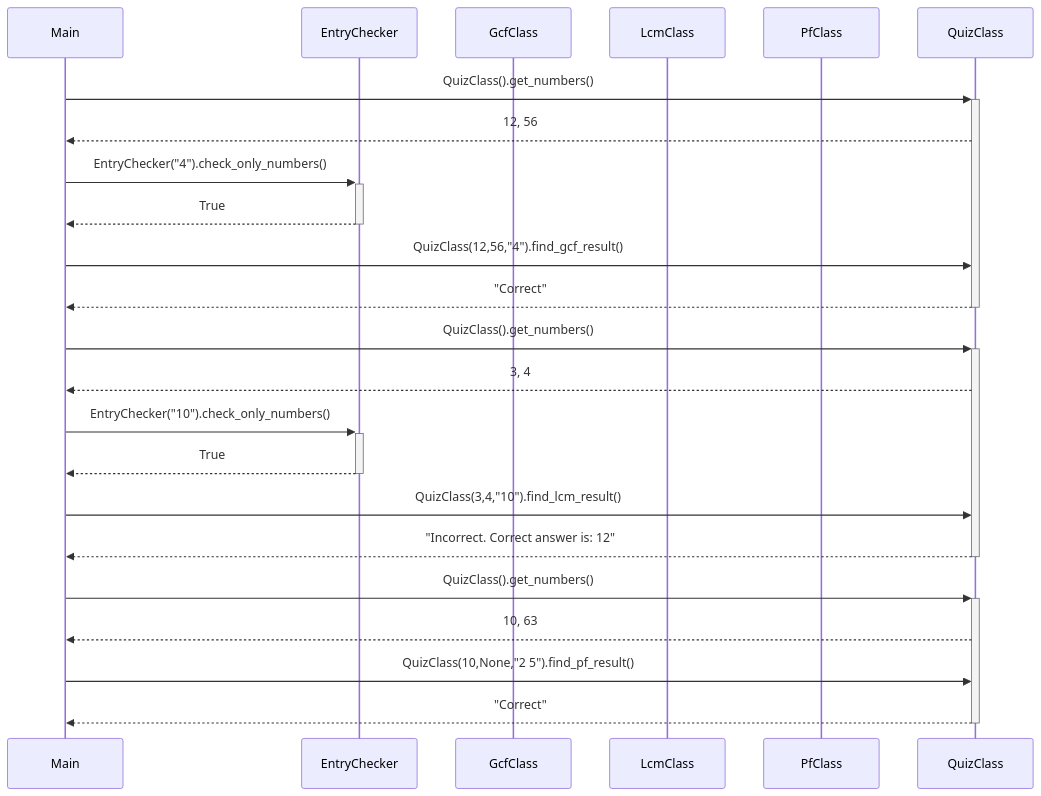
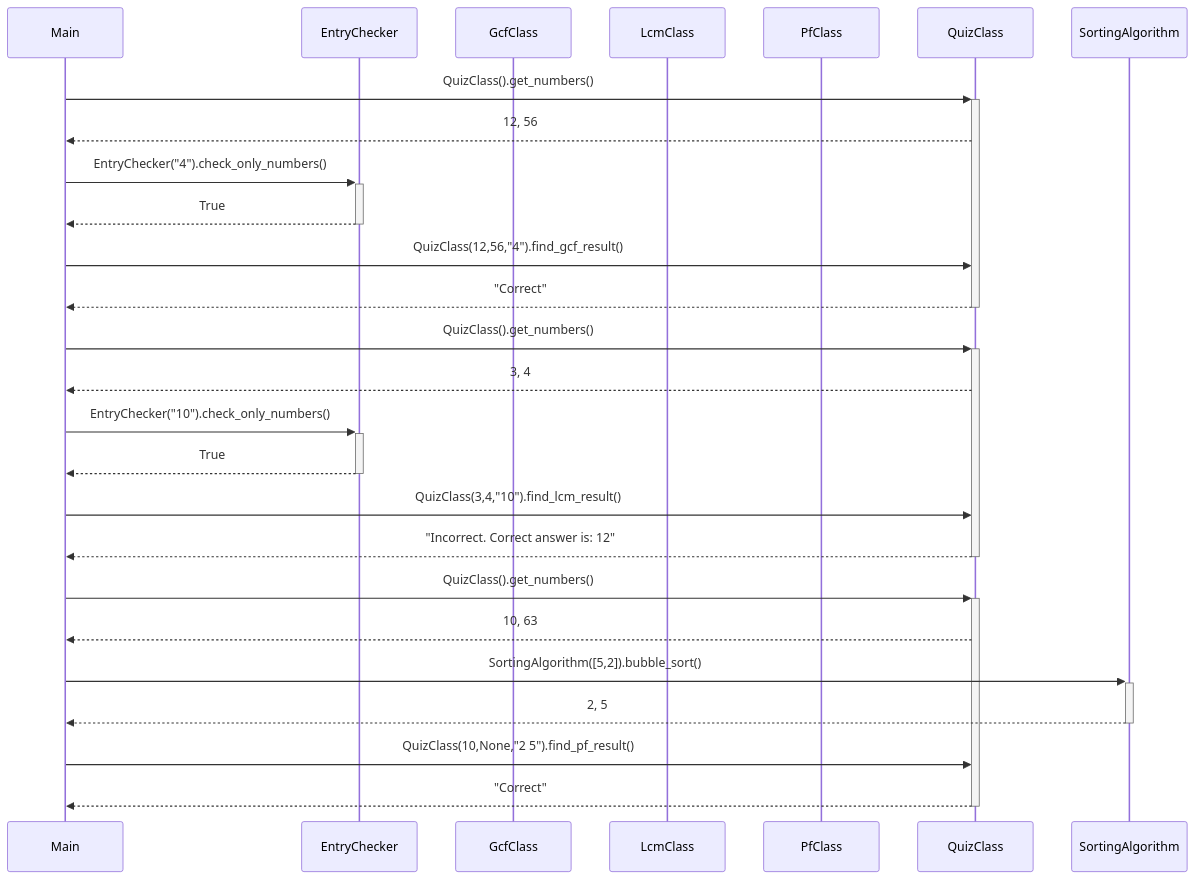
The seventh of 7 diagrams in dokumentaatio/arkkitehtuuri.md (SouperSalamander/ot-harjoitustyo), drawn with Mermaid before and after one commit. The commit also changed other lines of this file, not shown here.

````diff
--- a/dokumentaatio/arkkitehtuuri.md
+++ b/dokumentaatio/arkkitehtuuri.md
@@ -190,29 +196,32 @@
 ```mermaid
 sequenceDiagram
   participant Main
   participant EntryChecker
   participant GcfClass
   participant LcmClass
   participant PfClass
   participant QuizClass
+  participant SortingAlgorithm
 
   Main->>+QuizClass: QuizClass().get_numbers()
   QuizClass-->>Main: 12, 56
   Main->>+EntryChecker: EntryChecker("4").check_only_numbers()
   EntryChecker-->>-Main: True
   Main->>QuizClass: QuizClass(12,56,"4").find_gcf_result()
   QuizClass-->>-Main: "Correct"
 
   Main->>+QuizClass: QuizClass().get_numbers()
   QuizClass-->>Main: 3, 4
   Main->>+EntryChecker: EntryChecker("10").check_only_numbers()
   EntryChecker-->>-Main: True
   Main->>QuizClass: QuizClass(3,4,"10").find_lcm_result()
   QuizClass-->>-Main: "Incorrect. Correct answer is: 12"
 
   Main->>+QuizClass: QuizClass().get_numbers()
   QuizClass-->>Main: 10, 63
+  Main->>+SortingAlgorithm: SortingAlgorithm([5,2]).bubble_sort()
+  SortingAlgorithm-->>-Main: 2, 5
   Main->>QuizClass: QuizClass(10,None,"2 5").find_pf_result()
   QuizClass-->>-Main: "Correct"
 
 ```
````
